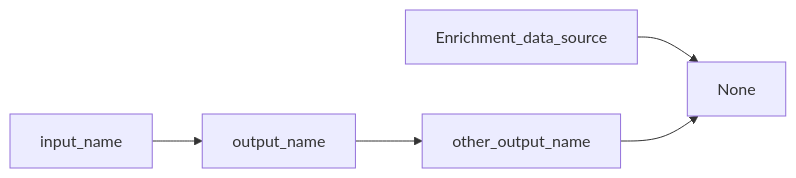
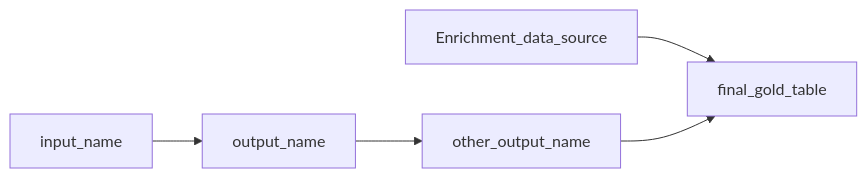
The second of 2 diagrams in README.md (jondunnett-abi/test_repo), drawn with Mermaid before and after one commit. The commit also changed other lines of this file, not shown here.

````diff
--- a/README.md
+++ b/README.md
@@ -54,7 +54,7 @@
 ```mermaid
 flowchart LR
 
     output_name --> other_output_name
-    Enrichment_data_source & other_output_name --> None
+    Enrichment_data_source & other_output_name --> final_gold_table
     input_name --> output_name
 ```
````
